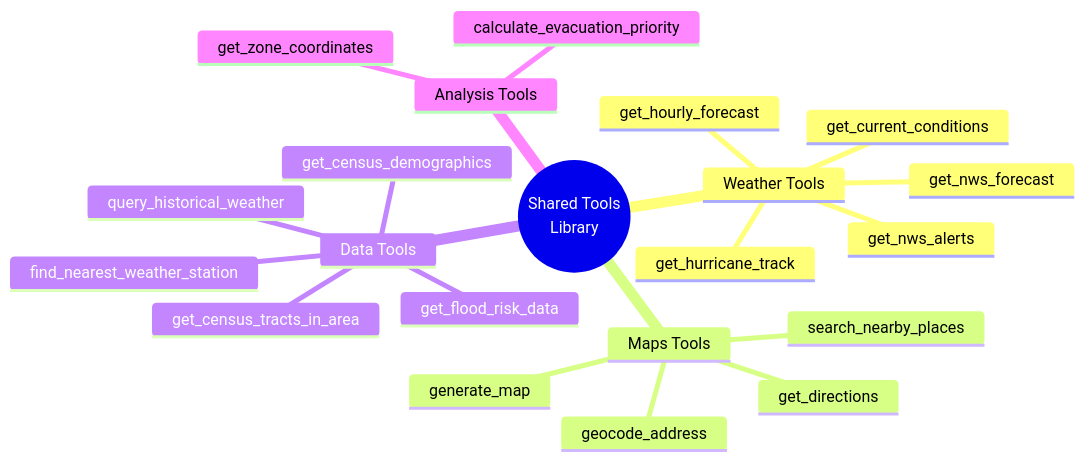
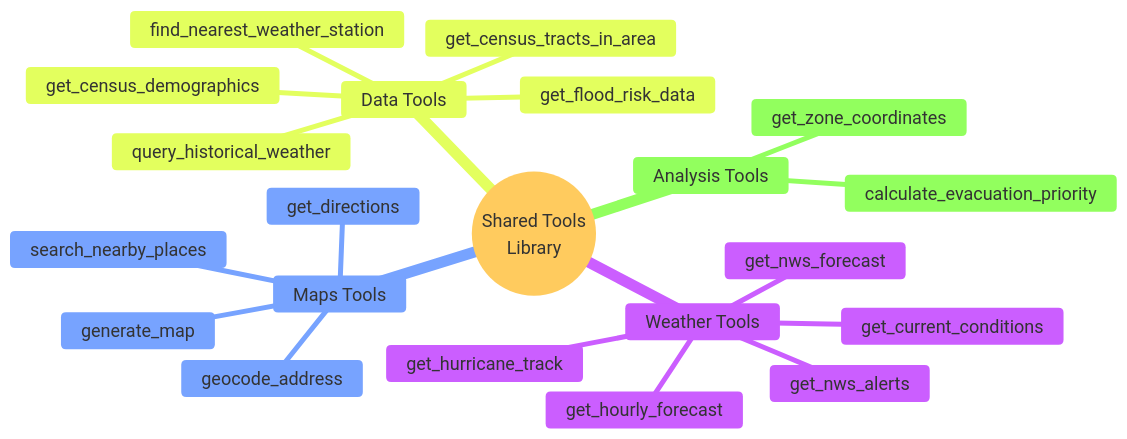
One commit to andersondang/weather_insights_and_forecase_advisor changed the seventh of 10 diagrams in DIAGRAMS.md. Above: the diagram before and after it, drawn with Mermaid. The commit also changed other lines of this file and 1 other file, not shown here.

Commit message:
Add flow diagrams

````diff
--- a/DIAGRAMS.md
+++ b/DIAGRAMS.md
@@ -299,24 +305,25 @@
 ```mermaid
+%%{init: {'theme':'base', 'themeVariables': { 'fontSize':'18px'}}}%%
 mindmap
   root((Shared Tools<br/>Library))
     Weather Tools
       get_nws_alerts
       get_nws_forecast
       get_hourly_forecast
       get_current_conditions
       get_hurricane_track
     Maps Tools
       geocode_address
       get_directions
       search_nearby_places
       generate_map
     Data Tools
       get_census_demographics
       get_flood_risk_data
       get_census_tracts_in_area
       find_nearest_weather_station
       query_historical_weather
     Analysis Tools
       calculate_evacuation_priority
       get_zone_coordinates
 ```
````
